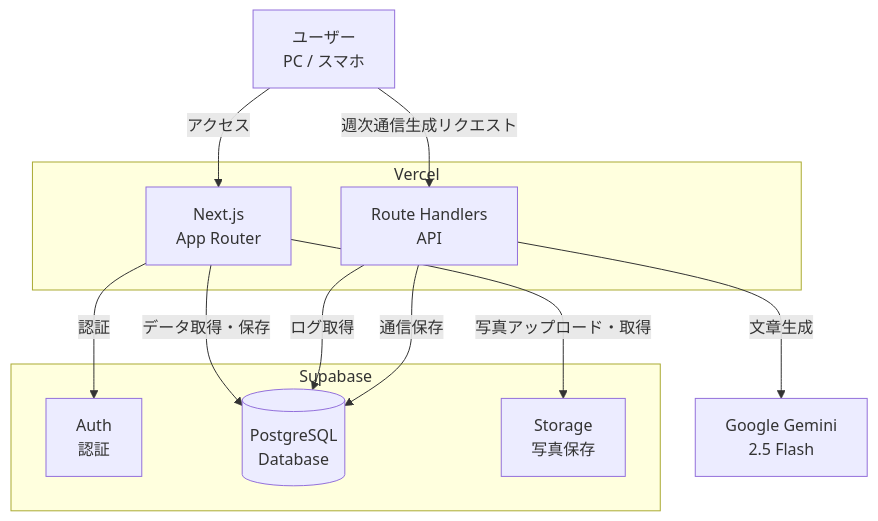
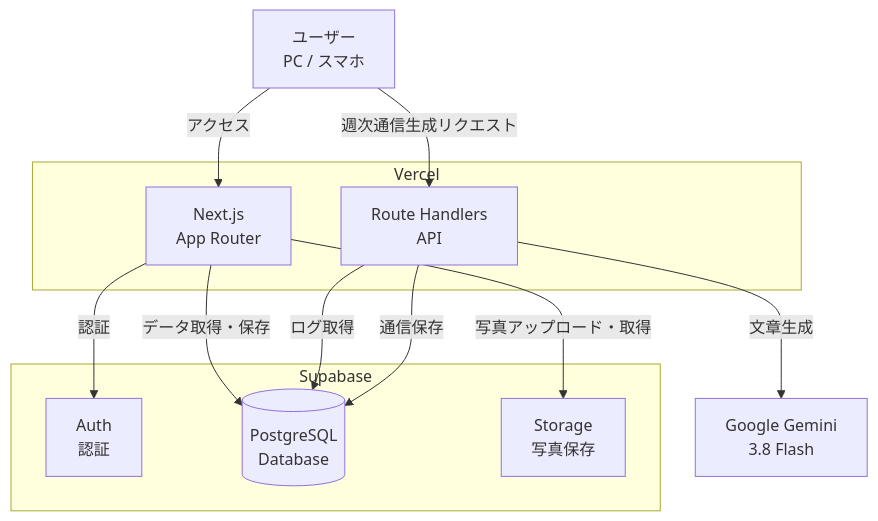
Before and after one commit to Hiroaki0117/baby-weekly-letter: the first of 4 diagrams in docs/functional-design.md, drawn with Mermaid. The commit also changed other lines of this file and 5 other files, not shown here.

First line of the commit message:
fix: Gemini モデルを 3.8 Flash に変更し GEMINI_MODEL で差し替え可能にする (#1)

````diff
--- a/docs/functional-design.md
+++ b/docs/functional-design.md
@@ -5,26 +5,26 @@
 ```mermaid
 graph TB
     User[ユーザー<br/>PC / スマホ]
 
     subgraph Vercel
         NextJS[Next.js<br/>App Router]
         RouteHandlers[Route Handlers<br/>API]
     end
 
     subgraph Supabase
         Auth[Auth<br/>認証]
         DB[(PostgreSQL<br/>Database)]
         Storage[Storage<br/>写真保存]
     end
 
-    Gemini[Google Gemini<br/>2.5 Flash]
+    Gemini[Google Gemini<br/>3.8 Flash]
 
     User -->|アクセス| NextJS
     NextJS -->|認証| Auth
     NextJS -->|データ取得・保存| DB
     NextJS -->|写真アップロード・取得| Storage
     User -->|週次通信生成リクエスト| RouteHandlers
     RouteHandlers -->|ログ取得| DB
     RouteHandlers -->|文章生成| Gemini
     RouteHandlers -->|通信保存| DB
 ```
````
